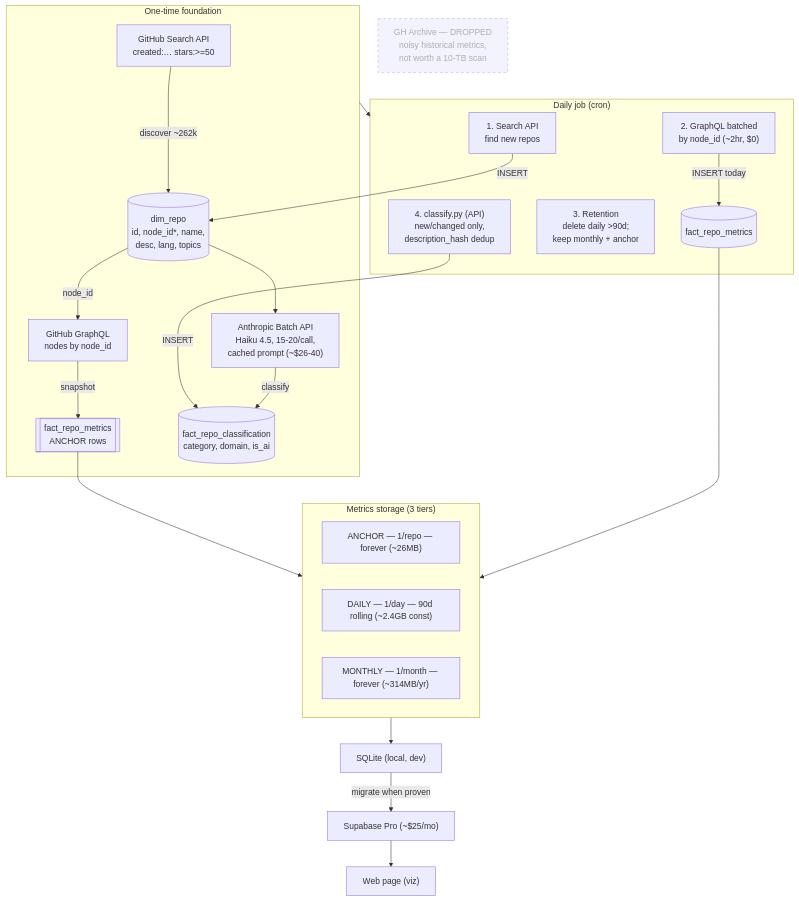
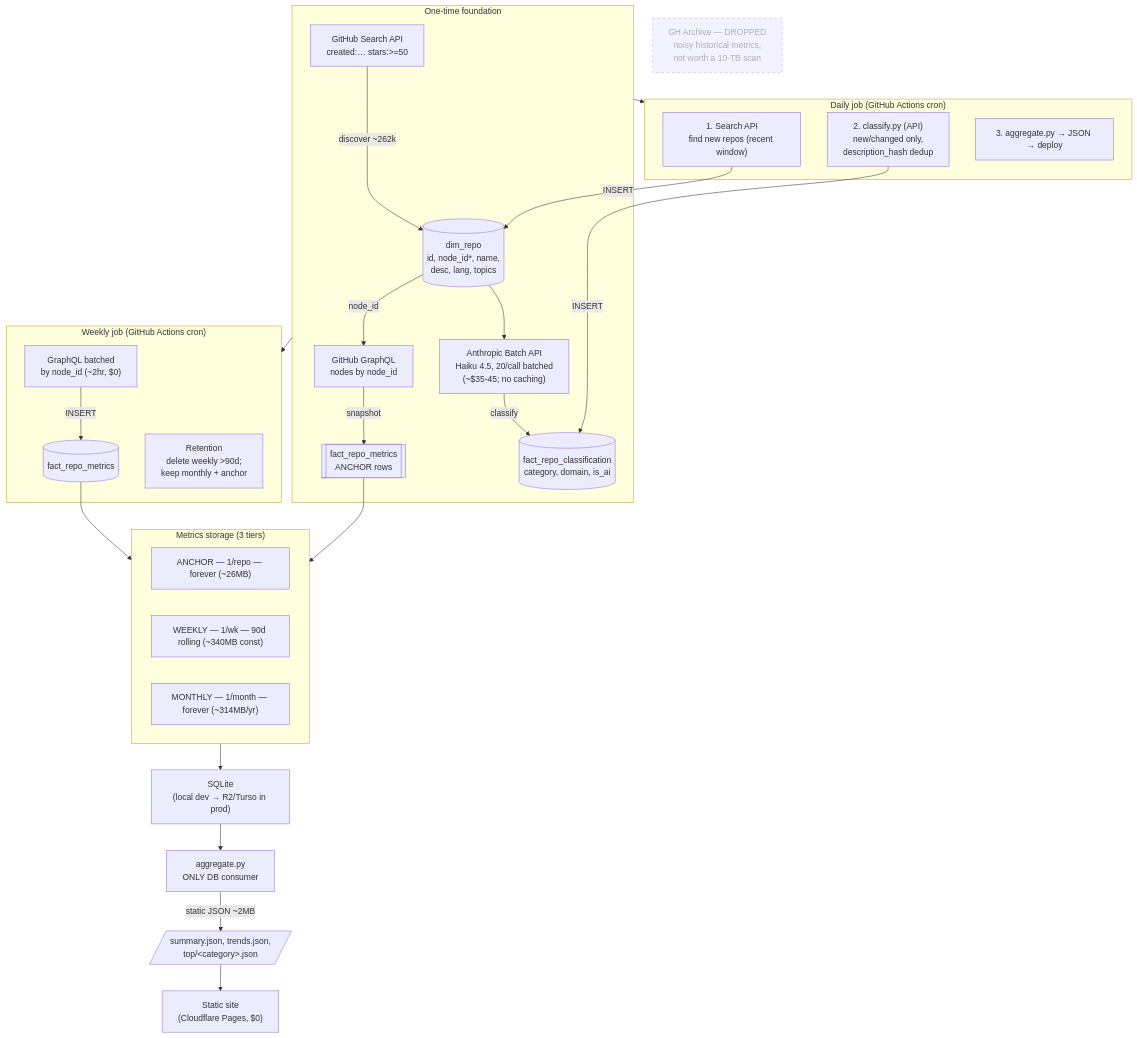
The diagram in README.md (ffmc/whats-building), drawn with Mermaid before and after one commit. The commit also changed other lines of this file and 6 other files, not shown here.

````diff
--- a/README.md
+++ b/README.md
@@ -11,33 +11,39 @@
 ```mermaid
 flowchart TD
     subgraph FOUND["One-time foundation"]
         SEARCH["GitHub Search API<br/>created:… stars:&gt;=50"] -->|discover ~262k| DIM[("dim_repo<br/>id, node_id*, name,<br/>desc, lang, topics")]
         DIM -->|node_id| GQL["GitHub GraphQL<br/>nodes by node_id"]
         GQL -->|snapshot| ANCHOR[["fact_repo_metrics<br/>ANCHOR rows"]]
-        DIM --> BATCH["Anthropic Batch API<br/>Haiku 4.5, 15-20/call,<br/>cached prompt (~$26-40)"]
+        DIM --> BATCH["Anthropic Batch API<br/>Haiku 4.5, 20/call batched<br/>(~$35-45; no caching)"]
         BATCH -->|classify| CLASS[("fact_repo_classification<br/>category, domain, is_ai")]
     end
 
-    subgraph DAILY["Daily job (cron)"]
-        D1["1. Search API<br/>find new repos"] -->|INSERT| DIM
-        D2["2. GraphQL batched<br/>by node_id (~2hr, $0)"] -->|INSERT today| METR[("fact_repo_metrics")]
-        D3["3. Retention<br/>delete daily &gt;90d;<br/>keep monthly + anchor"]
-        D4["4. classify.py (API)<br/>new/changed only,<br/>description_hash dedup"] -->|INSERT| CLASS
+    subgraph DAILY["Daily job (GitHub Actions cron)"]
+        D1["1. Search API<br/>find new repos (recent window)"] -->|INSERT| DIM
+        D4["2. classify.py (API)<br/>new/changed only,<br/>description_hash dedup"] -->|INSERT| CLASS
+        D5["3. aggregate.py → JSON → deploy"]
+    end
+
+    subgraph WEEKLY["Weekly job (GitHub Actions cron)"]
+        D2["GraphQL batched<br/>by node_id (~2hr, $0)"] -->|INSERT| METR[("fact_repo_metrics")]
+        D3["Retention<br/>delete weekly &gt;90d;<br/>keep monthly + anchor"]
     end
 
     subgraph STORE["Metrics storage (3 tiers)"]
         T1["ANCHOR — 1/repo — forever (~26MB)"]
-        T2["DAILY — 1/day — 90d rolling (~2.4GB const)"]
+        T2["WEEKLY — 1/wk — 90d rolling (~340MB const)"]
         T3["MONTHLY — 1/month — forever (~314MB/yr)"]
     end
 
     FOUND --> DAILY
+    FOUND --> WEEKLY
     METR --> STORE
     ANCHOR --> STORE
-    STORE --> SQLITE["SQLite (local, dev)"]
-    SQLITE -->|migrate when proven| SUPA["Supabase Pro (~$25/mo)"]
-    SUPA --> VIZ["Web page (viz)"]
+    STORE --> SQLITE["SQLite<br/>(local dev → R2/Turso in prod)"]
+    SQLITE --> AGG["aggregate.py<br/>ONLY DB consumer"]
+    AGG -->|static JSON ~2MB| JSON[/"summary.json, trends.json,<br/>top/&lt;category&gt;.json"/]
+    JSON --> VIZ["Static site<br/>(Cloudflare Pages, $0)"]
 
     GHA["GH Archive — DROPPED<br/>noisy historical metrics,<br/>not worth a 10-TB scan"]:::dropped
     classDef dropped stroke-dasharray: 5 5,opacity:0.6
 ```
````
